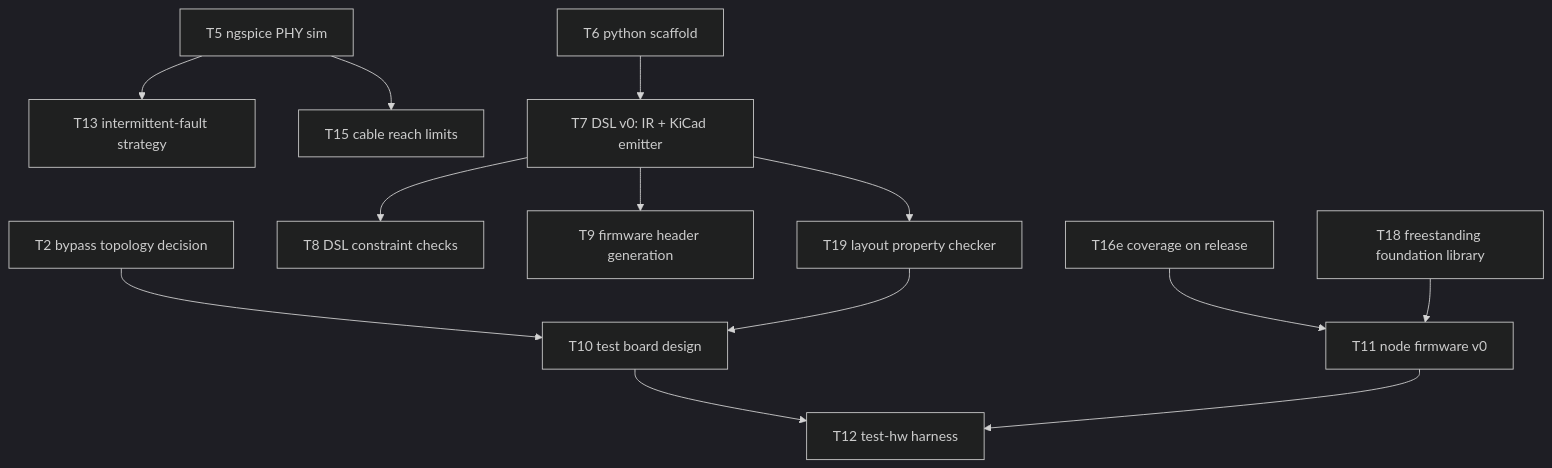
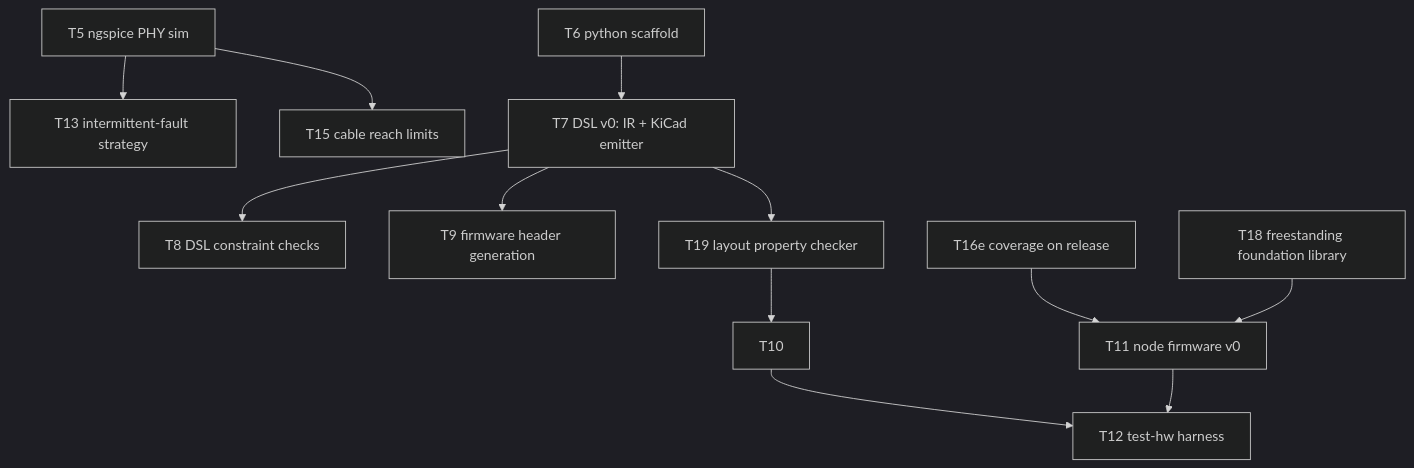
The diagram in KANBAN.md (kristofferkoch/oparroy), drawn with Mermaid (dark theme) before and after one commit. The commit also changed other lines of this file and 2 other files, not shown here.

Commit message:
T2: bypass topology — counter-rotating dual ring, symmetric rebroadcast

````diff
--- a/KANBAN.md
+++ b/KANBAN.md
@@ -34,15 +34,14 @@
 ```mermaid
 graph TD
     T5[T5 ngspice PHY sim] --> T13[T13 intermittent-fault strategy]
-    T2[T2 bypass topology decision] --> T10[T10 test board design]
     T19 --> T10
     T6[T6 python scaffold] --> T7[T7 DSL v0: IR + KiCad emitter]
     T7 --> T8[T8 DSL constraint checks]
     T7 --> T9[T9 firmware header generation]
     T7 --> T19[T19 layout property checker]
     T10 --> T12[T12 test-hw harness]
     T11 --> T12
     T5 --> T15[T15 cable reach limits]
     T16e[T16e coverage on release] --> T11[T11 node firmware v0]
     T18[T18 freestanding foundation library] --> T11
 ```
````
